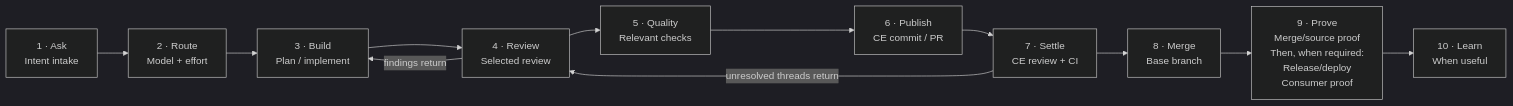
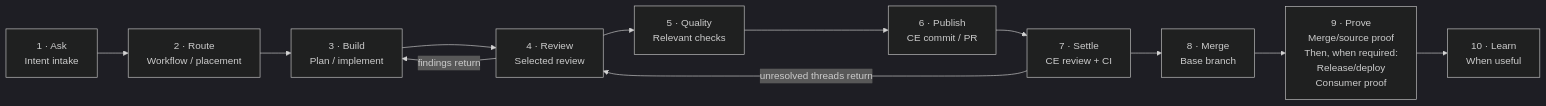
The diagram in site/src/diagrams/m2-delivery-lifecycle.mmd (novotnyllc/railyard), drawn with Mermaid (dark theme) before and after one commit. The commit also changed 123 other files, not shown here.

```diff
--- a/site/src/diagrams/m2-delivery-lifecycle.mmd
+++ b/site/src/diagrams/m2-delivery-lifecycle.mmd
@@ -1,14 +1,14 @@
 flowchart LR
     accTitle: M2 delivery lifecycle sequence
     accDescr: A shipping workflow uses selected review and CE settlement. Proof covers merge/source checks and, when required by the selected authorized endpoint, release or deployment followed by consumer verification. Learning is optional; narrower requests stop at their requested outcome.
-    A["1 · Ask<br/>Intent intake"] --> B["2 · Route<br/>Model + effort"]
+    A["1 · Ask<br/>Intent intake"] --> B["2 · Route<br/>Workflow / placement"]
     B --> C["3 · Build<br/>Plan / implement"]
     C --> D["4 · Review<br/>Selected review"]
     D --> E["5 · Quality<br/>Relevant checks"]
     E --> F["6 · Publish<br/>CE commit / PR"]
     F --> G["7 · Settle<br/>CE review + CI"]
     G --> H["8 · Merge<br/>Base branch"]
     H --> I["9 · Prove<br/>Merge/source proof<br/>Then, when required:<br/>Release/deploy<br/>Consumer proof"]
     I --> J["10 · Learn<br/>When useful"]
     D -->|findings return| C
     G -->|unresolved threads return| D
```
